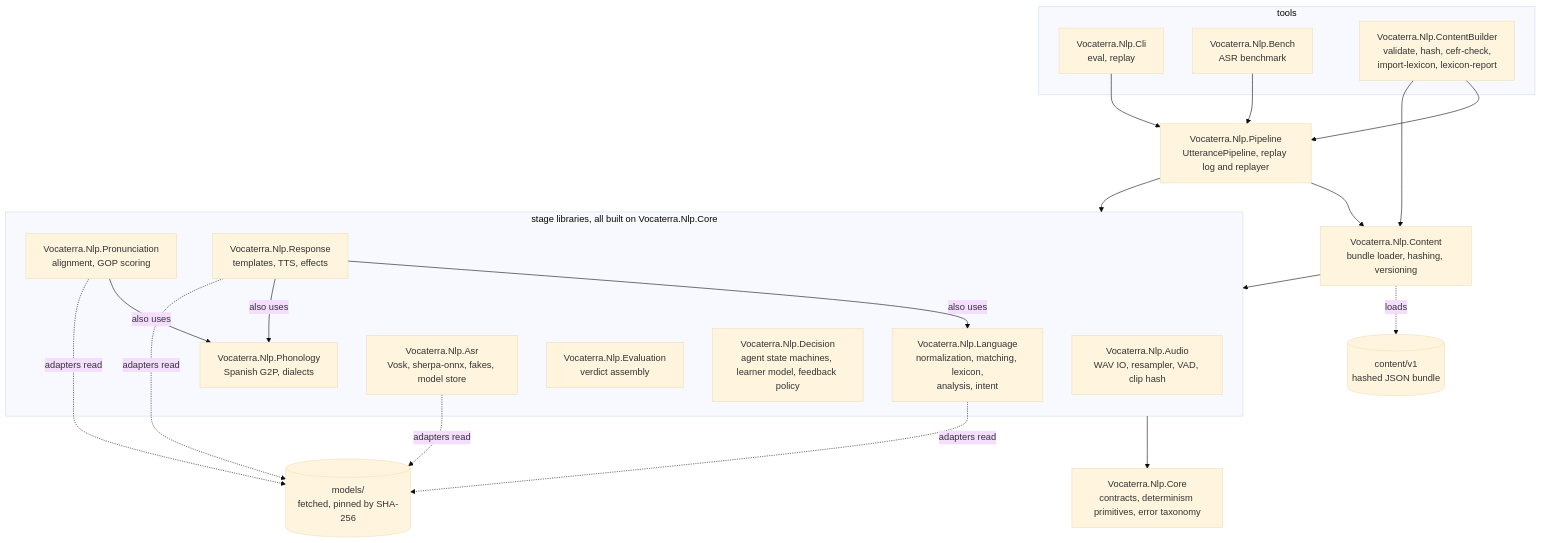
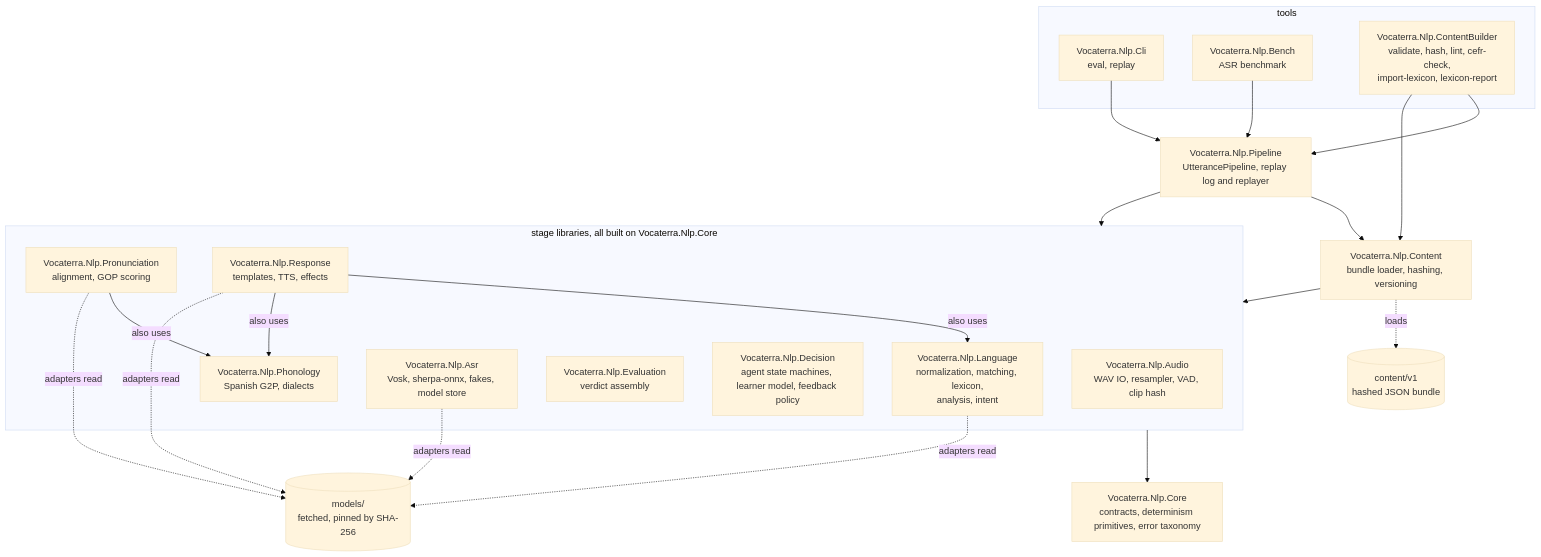
The diagram in nlp/README.md (james-d12/Vocaterra), drawn with Mermaid (base theme) before and after one commit. The commit also changed other lines of this file and 30 other files, not shown here.

First line of the commit message:
M27a: content lint

````diff
--- a/nlp/README.md
+++ b/nlp/README.md
@@ -21,40 +21,40 @@
 ```mermaid
 flowchart TD
     subgraph TOOLS[tools]
         CLI[Vocaterra.Nlp.Cli<br/>eval, replay]
         BENCH[Vocaterra.Nlp.Bench<br/>ASR benchmark]
-        BUILDER[Vocaterra.Nlp.ContentBuilder<br/>validate, hash, cefr-check,<br/>import-lexicon, lexicon-report]
+        BUILDER[Vocaterra.Nlp.ContentBuilder<br/>validate, hash, lint, cefr-check,<br/>import-lexicon, lexicon-report]
     end
     PIPE[Vocaterra.Nlp.Pipeline<br/>UtterancePipeline, replay log and replayer]
     CONTENT[Vocaterra.Nlp.Content<br/>bundle loader, hashing, versioning]
     subgraph STAGES[stage libraries, all built on Vocaterra.Nlp.Core]
         AUDIO[Vocaterra.Nlp.Audio<br/>WAV IO, resampler, VAD, clip hash]
         PHON[Vocaterra.Nlp.Phonology<br/>Spanish G2P, dialects]
         NLP[Vocaterra.Nlp.Language<br/>normalization, matching, lexicon,<br/>analysis, intent]
         PRON[Vocaterra.Nlp.Pronunciation<br/>alignment, GOP scoring]
         ASR[Vocaterra.Nlp.Asr<br/>Vosk, sherpa-onnx, fakes, model store]
         EVAL[Vocaterra.Nlp.Evaluation<br/>verdict assembly]
         DEC[Vocaterra.Nlp.Decision<br/>agent state machines, learner model, feedback policy]
         RESP[Vocaterra.Nlp.Response<br/>templates, TTS, effects]
     end
     CORE[Vocaterra.Nlp.Core<br/>contracts, determinism primitives, error taxonomy]
     BUNDLE[(content/v1<br/>hashed JSON bundle)]
     MODELS[(models/<br/>fetched, pinned by SHA-256)]
 
     CLI --> PIPE
     BENCH --> PIPE
     BUILDER --> PIPE
     BUILDER --> CONTENT
     PIPE --> CONTENT
     PIPE --> STAGES
     CONTENT --> STAGES
     STAGES --> CORE
     PRON -->|also uses| PHON
     RESP -->|also uses| NLP
     RESP -->|also uses| PHON
     CONTENT -.->|loads| BUNDLE
     ASR -.->|adapters read| MODELS
     PRON -.->|adapters read| MODELS
     NLP -.->|adapters read| MODELS
     RESP -.->|adapters read| MODELS
 ```
````
